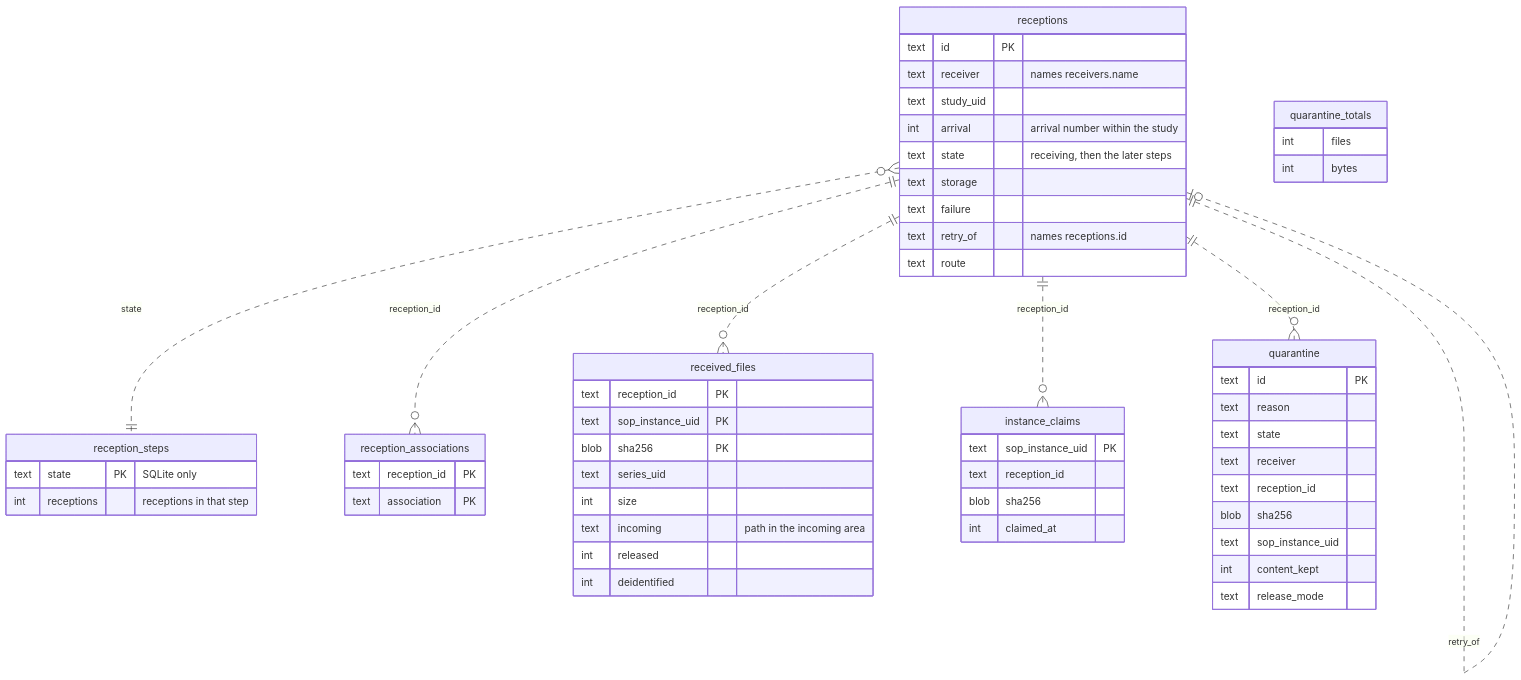
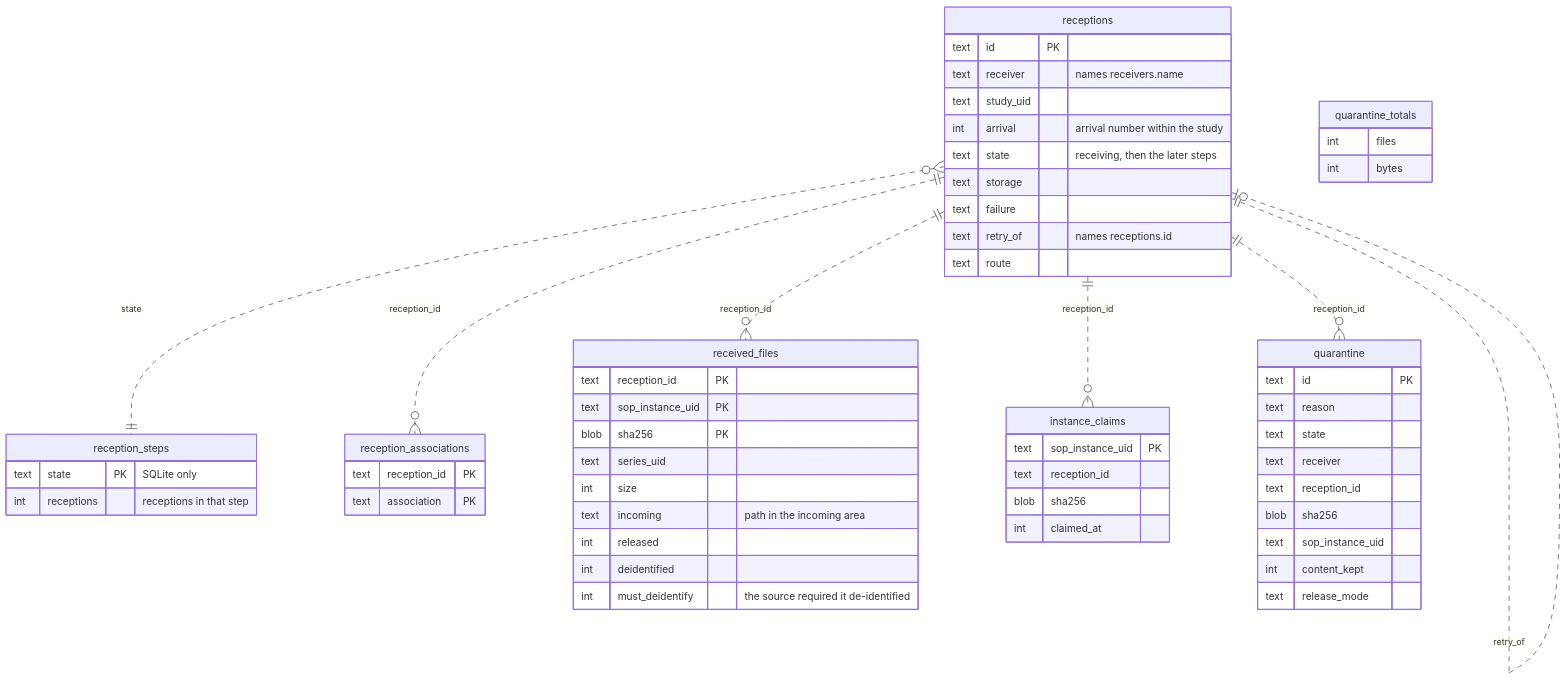
One commit to amrshadid/nopacs changed the fourth of 15 diagrams in docs/develop/database.md. Above: the diagram before and after it, drawn with Mermaid. The commit also changed other lines of this file and 43 other files, not shown here.

````diff
--- a/docs/develop/database.md
+++ b/docs/develop/database.md
@@ -274,59 +274,60 @@
 ```mermaid
 erDiagram
     receptions {
         text id PK
         text receiver "names receivers.name"
         text study_uid
         int arrival "arrival number within the study"
         text state "receiving, then the later steps"
         text storage
         text failure
         text retry_of "names receptions.id"
         text route
     }
     reception_steps {
         text state PK "SQLite only"
         int receptions "receptions in that step"
     }
     reception_associations {
         text reception_id PK
         text association PK
     }
     received_files {
         text reception_id PK
         text sop_instance_uid PK
         blob sha256 PK
         text series_uid
         int size
         text incoming "path in the incoming area"
         int released
         int deidentified
+        int must_deidentify "the source required it de-identified"
     }
     instance_claims {
         text sop_instance_uid PK
         text reception_id
         blob sha256
         int claimed_at
     }
     quarantine {
         text id PK
         text reason
         text state
         text receiver
         text reception_id
         blob sha256
         text sop_instance_uid
         int content_kept
         text release_mode
     }
     quarantine_totals {
         int files
         int bytes
     }
     receptions ||..o{ reception_associations : "reception_id"
     receptions ||..o{ received_files : "reception_id"
     receptions ||..o{ instance_claims : "reception_id"
     receptions ||..o{ quarantine : "reception_id"
     receptions }o..|| reception_steps : "state"
     receptions ||..o| receptions : "retry_of"
 ```
````
